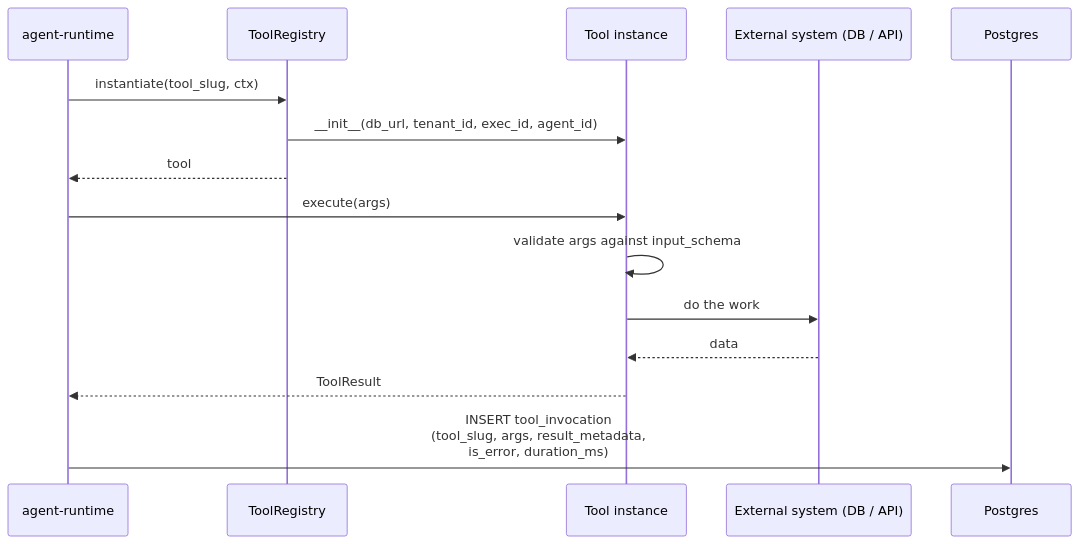
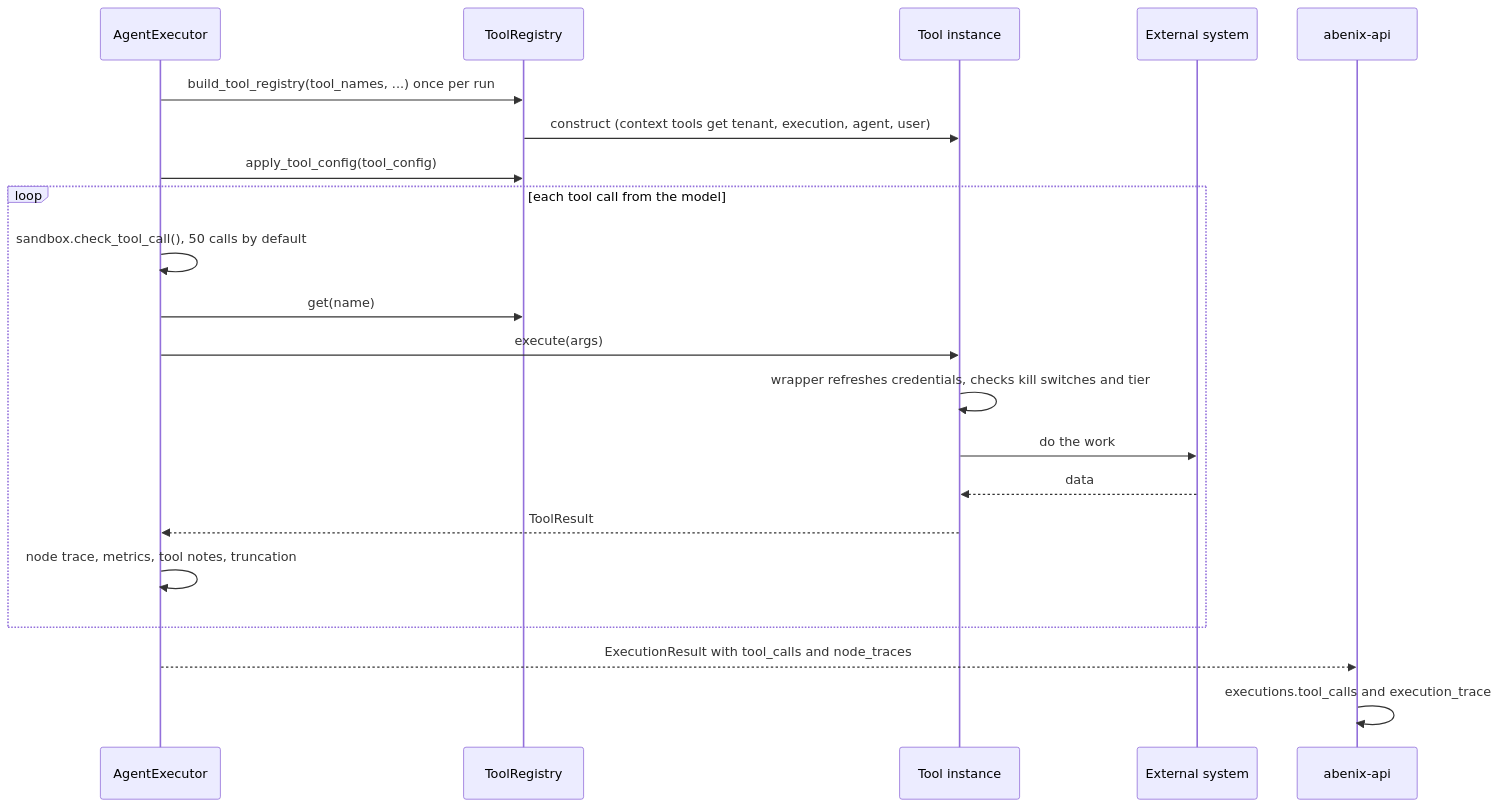
One commit to sarkar4777/abenix changed the diagram in docs/02-runtime/02-tools.md. Above: the diagram before and after it, drawn with Mermaid. The commit also changed other lines of this file and 288 other files, not shown here.

````diff
--- a/docs/02-runtime/02-tools.md
+++ b/docs/02-runtime/02-tools.md
@@ -110,20 +123,24 @@
 ```mermaid
 sequenceDiagram
-  participant R as agent-runtime
+  participant X as AgentExecutor
   participant Reg as ToolRegistry
   participant T as Tool instance
-  participant Ext as External system (DB / API)
-  participant PG as Postgres
+  participant Ext as External system
+  participant API as abenix-api
 
-  R->>Reg: instantiate(tool_slug, ctx)
-  Reg->>T: __init__(db_url, tenant_id, exec_id, agent_id)
-  Reg-->>R: tool
-
-  R->>T: execute(args)
-  T->>T: validate args against input_schema
-  T->>Ext: do the work
-  Ext-->>T: data
-  T-->>R: ToolResult
-
-  R->>PG: INSERT tool_invocation<br/>(tool_slug, args, result_metadata,<br/>is_error, duration_ms)
+  X->>Reg: build_tool_registry(tool_names, ...) once per run
+  Reg->>T: construct (context tools get tenant, execution, agent, user)
+  X->>Reg: apply_tool_config(tool_config)
+  loop each tool call from the model
+    X->>X: sandbox.check_tool_call(), 50 calls by default
+    X->>Reg: get(name)
+    X->>T: execute(args)
+    T->>T: wrapper refreshes credentials, checks kill switches and tier
+    T->>Ext: do the work
+    Ext-->>T: data
+    T-->>X: ToolResult
+    X->>X: node trace, metrics, tool notes, truncation
+  end
+  X-->>API: ExecutionResult with tool_calls and node_traces
+  API->>API: executions.tool_calls and execution_trace
 ```
````
